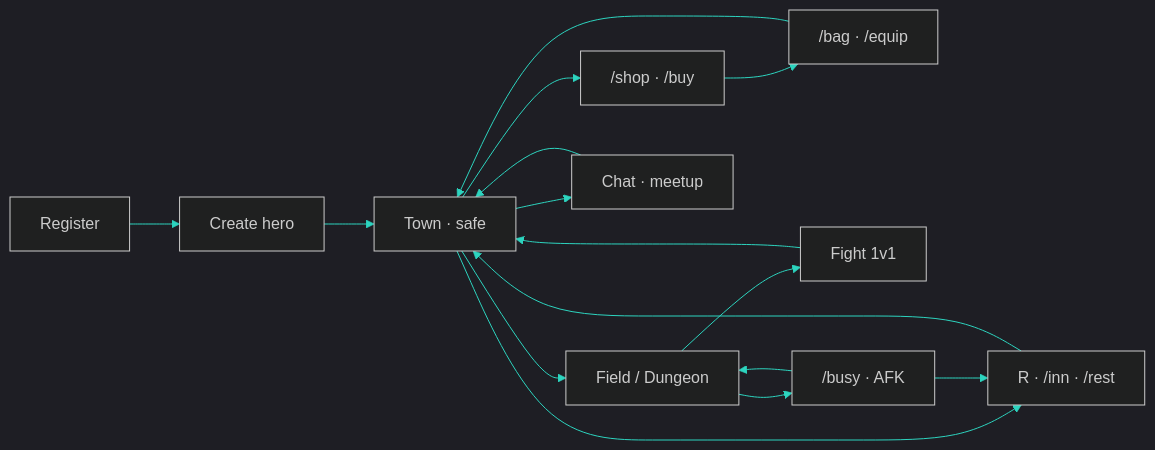
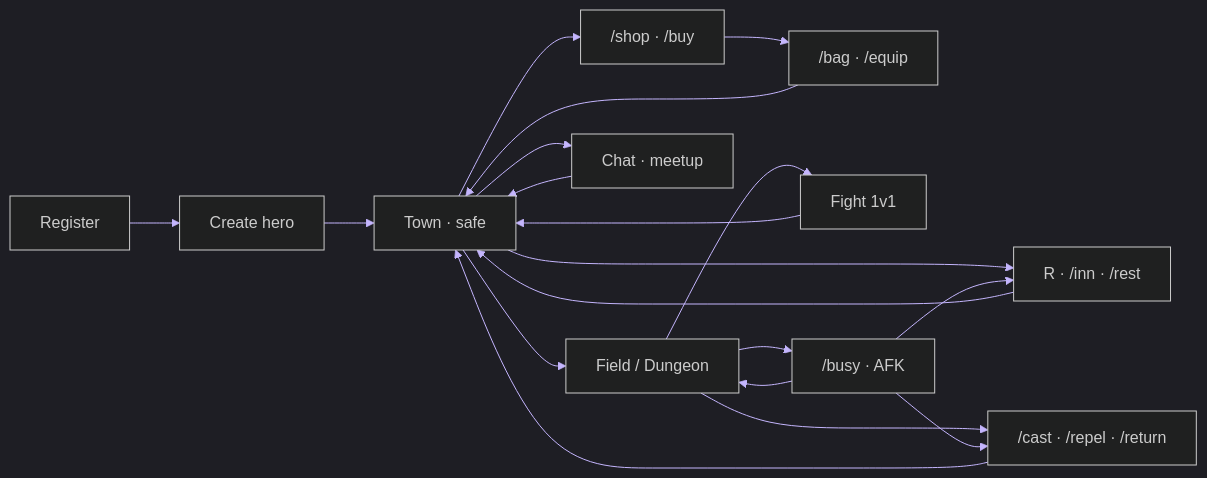
One commit to Im-Nova-Dev/dq1_mmo changed the first of 8 diagrams in README.md. Above: the diagram before and after it, drawn with Mermaid. The commit also changed other lines of this file and 3 other files, not shown here.

````diff
--- a/README.md
+++ b/README.md
@@ -175,19 +178,22 @@
 ```mermaid
-%%{init: {'theme': 'dark', 'themeVariables': { 'primaryColor': '#134e4a', 'primaryTextColor': '#ccfbf1', 'lineColor': '#2dd4bf', 'secondaryColor': '#164e63', 'tertiaryColor': '#1e293b'}}}%%
+%%{init: {'theme': 'dark', 'themeVariables': { 'primaryColor': '#4c1d95', 'primaryTextColor': '#ede9fe', 'lineColor': '#c4b5fd', 'secondaryColor': '#134e4a', 'tertiaryColor': '#1e293b'}}}%%
 flowchart LR
   A[Register] --> B[Create hero]
   B --> C[Town · safe]
   C --> INN["R · /inn · /rest"]
   INN --> C
   C --> SH["/shop · /buy"]
   SH --> EQ["/bag · /equip"]
   EQ --> C
   C --> D[Field / Dungeon]
+  D --> CAST["/cast · /repel · /return"]
+  CAST --> C
   D --> E[Fight 1v1]
   E --> C
   C --> CH["Chat · meetup"]
   CH --> C
   D --> H["/busy · AFK"]
+  H --> CAST
   H --> INN
   H --> D
 ```
````
